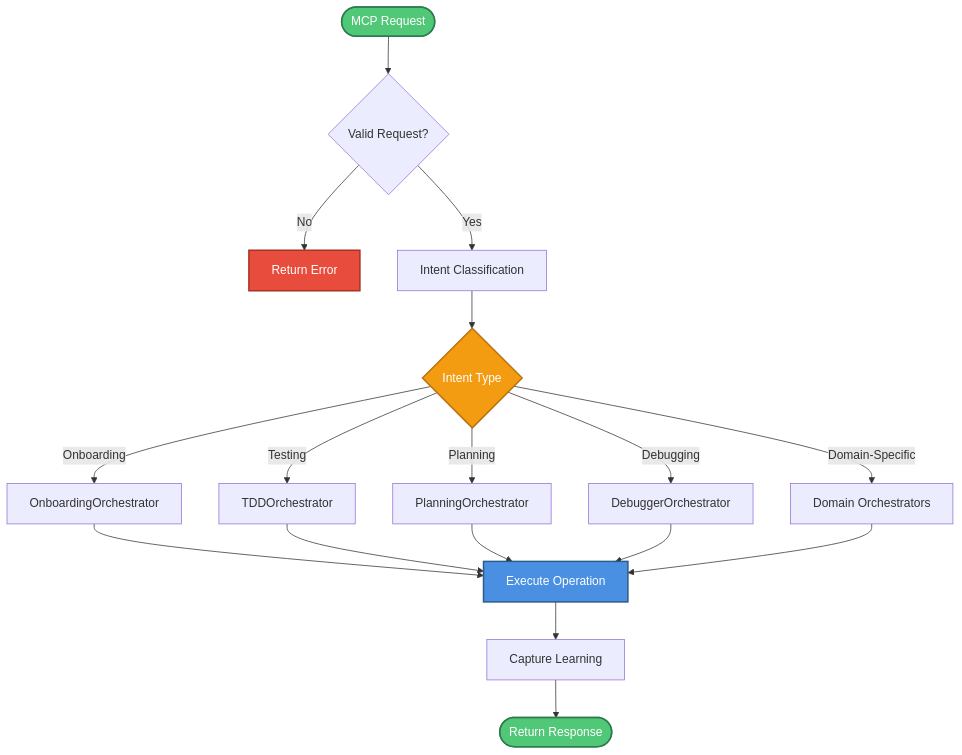
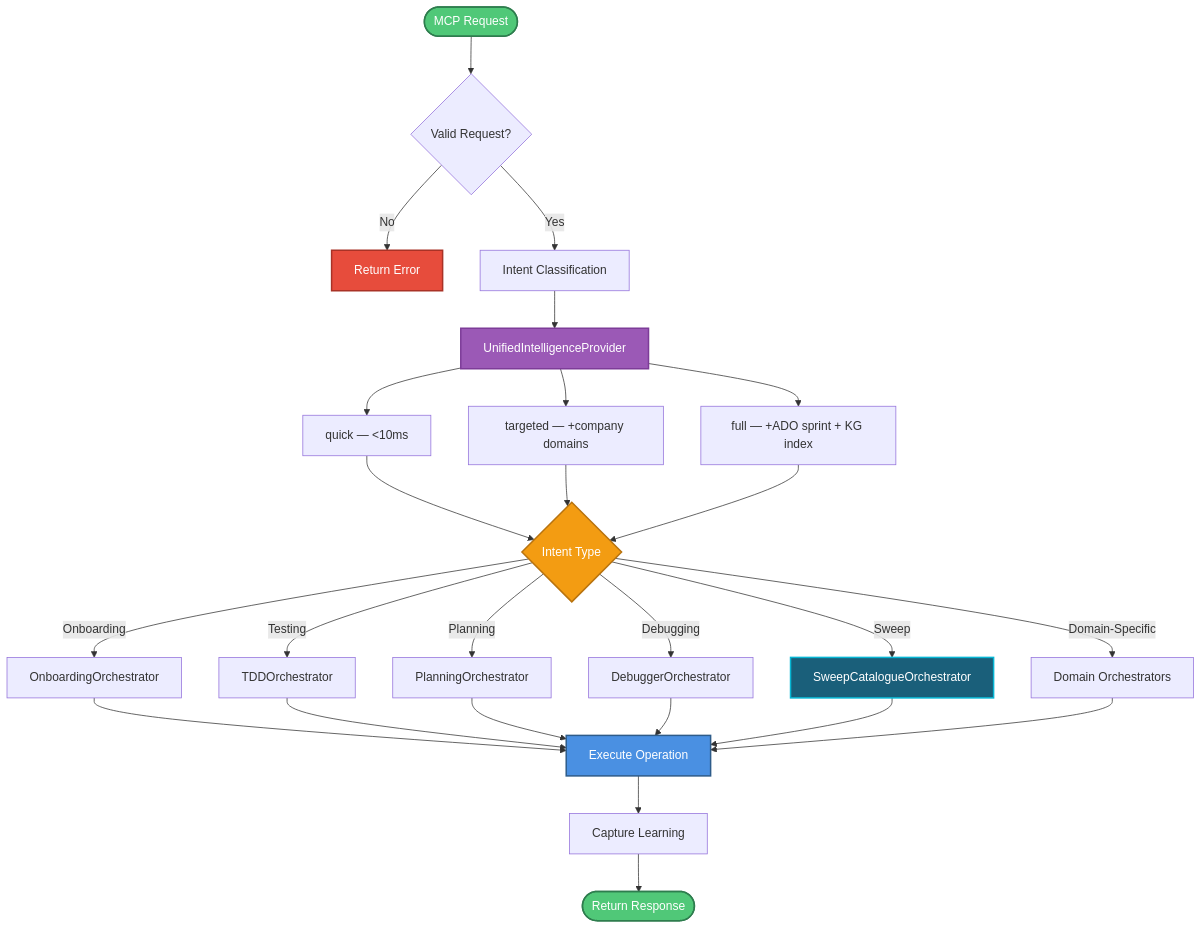
Before and after one commit to asifhussain60/CORTEX: the diagram in cortex-docs/assets/diagrams/tier3-intelligence/tier3-orchestrator-dispatch-flow.mmd, drawn with Mermaid. The commit also changed other lines of this file and 31 other files, not shown here.

````diff
--- a/cortex-docs/assets/diagrams/tier3-intelligence/tier3-orchestrator-dispatch-flow.mmd
+++ b/cortex-docs/assets/diagrams/tier3-intelligence/tier3-orchestrator-dispatch-flow.mmd
@@ -17,29 +17,41 @@
 ```mermaid
 flowchart TD
     Start([MCP Request]) --> Validate{Valid Request?}
     Validate -->|No| Error[Return Error]
     Validate -->|Yes| Classify[Intent Classification]
-    
-    Classify --> Router{Intent Type}
-    
+
+    Classify --> Intel[UnifiedIntelligenceProvider]
+
+    Intel --> Quick[quick — <10ms]
+    Intel --> Targeted[targeted — +company domains]
+    Intel --> Full[full — +ADO sprint + KG index]
+
+    Quick --> Router{Intent Type}
+    Targeted --> Router
+    Full --> Router
+
     Router -->|Onboarding| OnboardOrch[OnboardingOrchestrator]
     Router -->|Testing| TDDOrch[TDDOrchestrator]
     Router -->|Planning| PlanOrch[PlanningOrchestrator]
     Router -->|Debugging| DebugOrch[DebuggerOrchestrator]
+    Router -->|Sweep| SweepOrch[SweepCatalogueOrchestrator]
     Router -->|Domain-Specific| DomainOrch[Domain Orchestrators]
-    
+
     OnboardOrch --> Execute[Execute Operation]
     TDDOrch --> Execute
     PlanOrch --> Execute
     DebugOrch --> Execute
+    SweepOrch --> Execute
     DomainOrch --> Execute
-    
+
     Execute --> Learning[Capture Learning]
     Learning --> Response([Return Response])
-    
+
     style Start fill:#50C878,stroke:#2E7D4E,stroke-width:2px,color:#fff
     style Response fill:#50C878,stroke:#2E7D4E,stroke-width:2px,color:#fff
     style Router fill:#F39C12,stroke:#B8730F,stroke-width:2px,color:#fff
+    style Intel fill:#9B59B6,stroke:#7D3C98,stroke-width:2px,color:#fff
     style Execute fill:#4A90E2,stroke:#2E5C8A,stroke-width:2px,color:#fff
     style Error fill:#E74C3C,stroke:#A93226,stroke-width:2px,color:#fff
+    style SweepOrch fill:#1a5f7a,stroke:#06b6d4,stroke-width:2px,color:#fff
 ```
````
